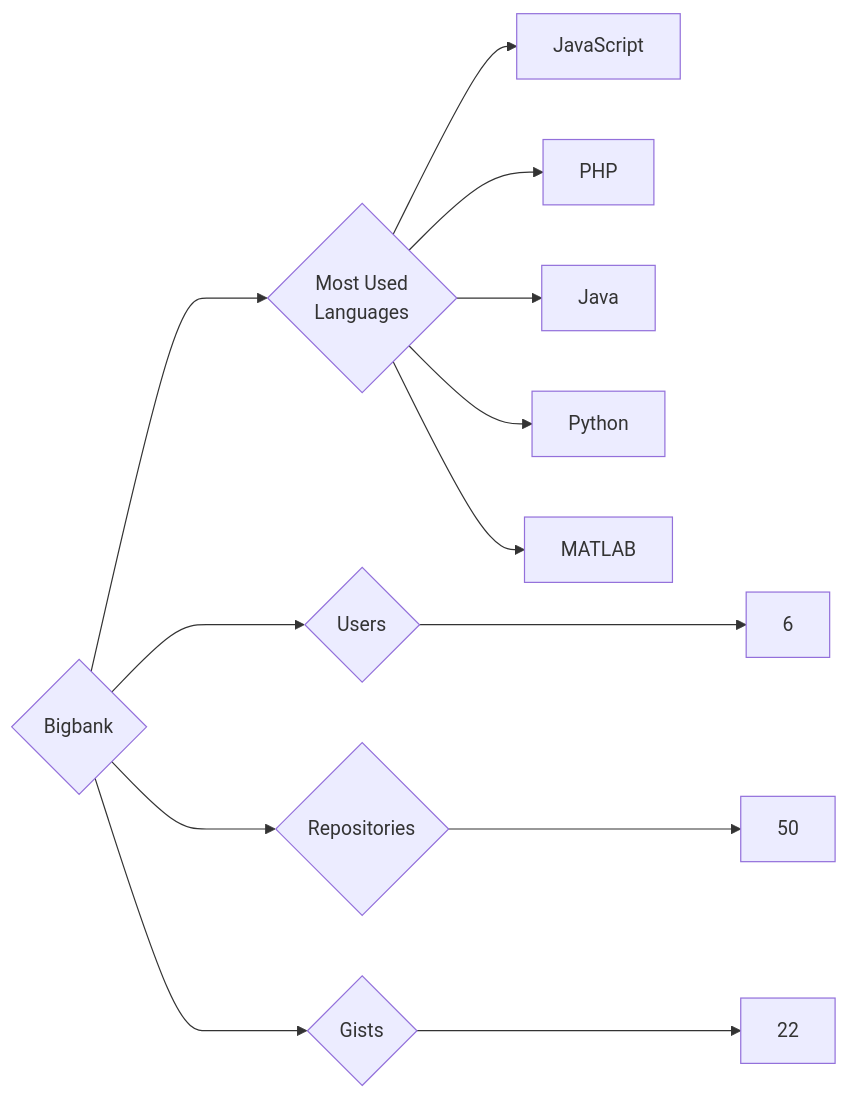
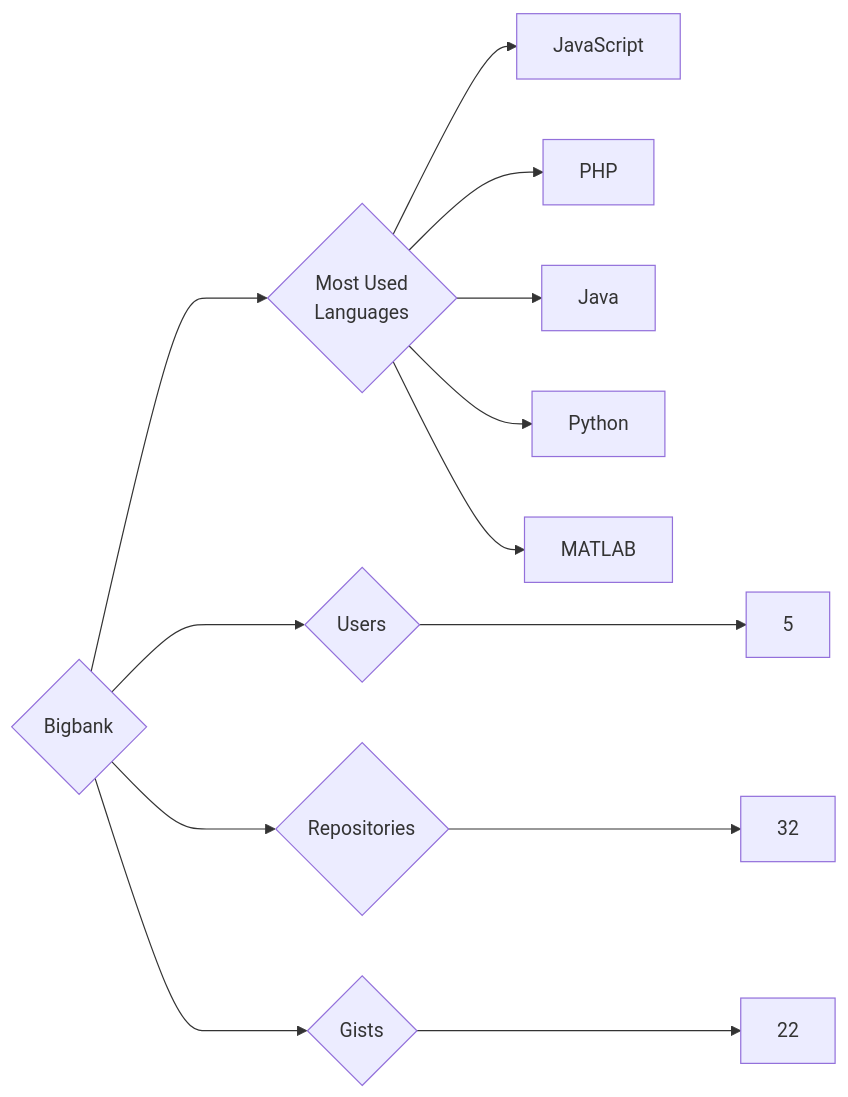
The diagram in targets/Bigbank/README.md (trickest/insiders), drawn with Mermaid before and after one commit. The commit also changed 724 other files, not shown here.

````diff
--- a/targets/Bigbank/README.md
+++ b/targets/Bigbank/README.md
@@ -3,13 +3,13 @@
 ```mermaid
 graph LR
 COMPANY_NAME{Bigbank}
-COMPANY_NAME ---> U{Users} ---> UN[6]
-COMPANY_NAME ---> R{Repositories} ---> RN[50]
+COMPANY_NAME ---> U{Users} ---> UN[5]
+COMPANY_NAME ---> R{Repositories} ---> RN[32]
 COMPANY_NAME ---> G{Gists} ---> GN[22]
 COMPANY_NAME ---> ML{Most Used<br>Languages}
 ML --> JavaScript[JavaScript]
 ML --> PHP[PHP]
 ML --> Java[Java]
 ML --> Python[Python]
 ML --> MATLAB[MATLAB]
 ```
````
